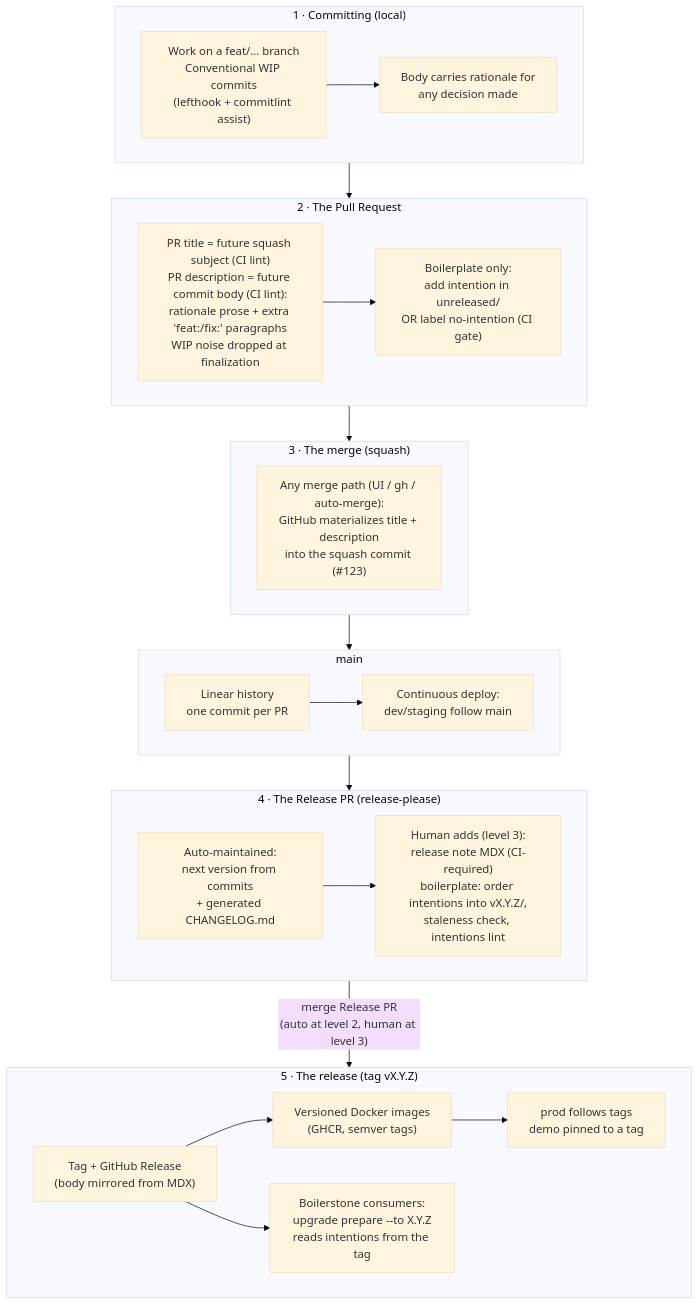
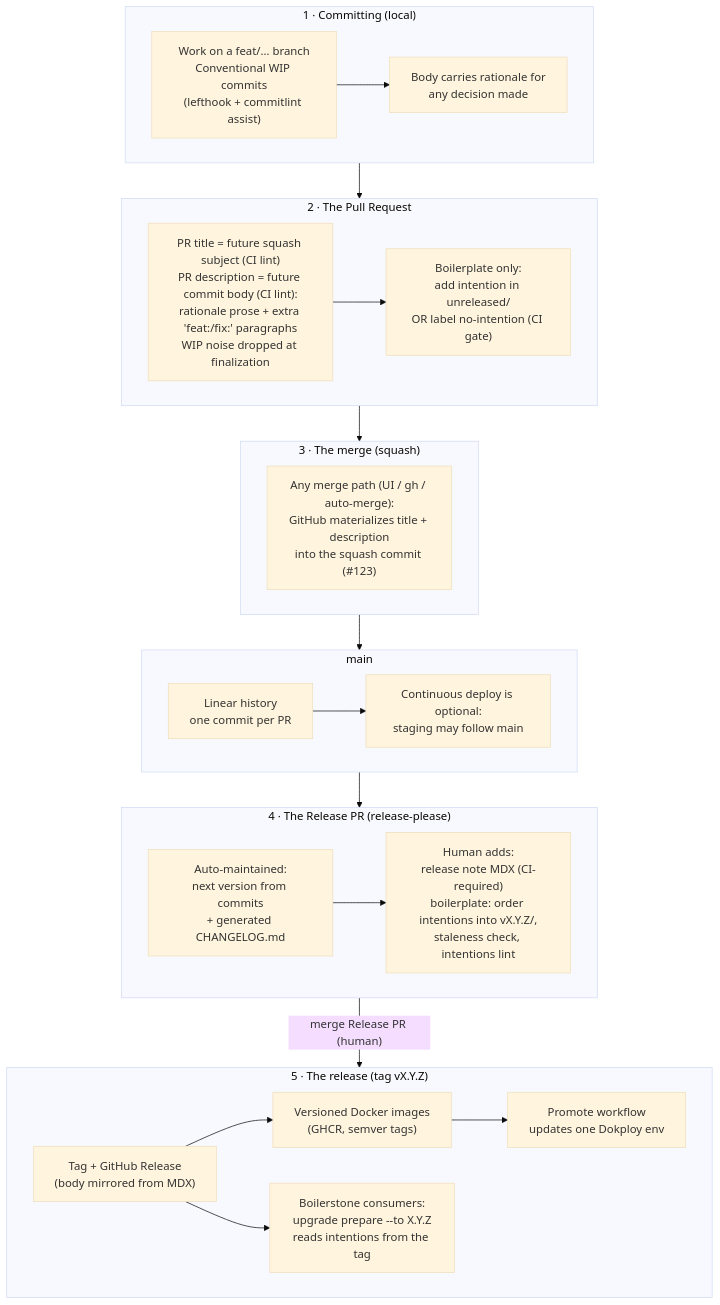
Before and after one commit to lonestone/lonestone-boilerplate: the fifth of 5 diagrams in docs/features/contribution-and-release-system/SPEC.md, drawn with Mermaid (base theme). The commit also changed other lines of this file and 5 other files, not shown here.

````diff
--- a/docs/features/contribution-and-release-system/SPEC.md
+++ b/docs/features/contribution-and-release-system/SPEC.md
@@ -339,42 +345,42 @@
 ```mermaid
 flowchart TD
     subgraph LOCAL["1 · Committing (local)"]
         A["Work on a feat/… branch<br/>Conventional WIP commits<br/>(lefthook + commitlint assist)"]
         A2["Body carries rationale for<br/>any decision made"]
         A --> A2
     end
 
     subgraph PR["2 · The Pull Request"]
         B["PR title = future squash subject (CI lint)<br/>PR description = future commit body (CI lint):<br/>rationale prose + extra 'feat:/fix:' paragraphs<br/>WIP noise dropped at finalization"]
         B2["Boilerplate only:<br/>add intention in unreleased/<br/>OR label no-intention (CI gate)"]
         B --> B2
     end
 
     subgraph MERGE["3 · The merge (squash)"]
         C["Any merge path (UI / gh / auto-merge):<br/>GitHub materializes title + description<br/>into the squash commit (#123)"]
     end
 
     subgraph MAIN["main"]
         D["Linear history<br/>one commit per PR"]
-        D2["Continuous deploy:<br/>dev/staging follow main"]
+        D2["Continuous deploy is optional:<br/>staging may follow main"]
         D --> D2
     end
 
     subgraph RELPR["4 · The Release PR (release-please)"]
         E["Auto-maintained:<br/>next version from commits<br/>+ generated CHANGELOG.md"]
-        E2["Human adds (level 3):<br/>release note MDX (CI-required)<br/>boilerplate: order intentions into vX.Y.Z/,<br/>staleness check, intentions lint"]
+        E2["Human adds:<br/>release note MDX (CI-required)<br/>boilerplate: order intentions into vX.Y.Z/,<br/>staleness check, intentions lint"]
         E --> E2
     end
 
     subgraph REL["5 · The release (tag vX.Y.Z)"]
         F["Tag + GitHub Release<br/>(body mirrored from MDX)"]
         F2["Versioned Docker images<br/>(GHCR, semver tags)"]
-        F3["prod follows tags<br/>demo pinned to a tag"]
+        F3["Promote workflow<br/>updates one Dokploy env"]
         F4["Boilerstone consumers:<br/>upgrade prepare --to X.Y.Z<br/>reads intentions from the tag"]
         F --> F2 --> F3
         F --> F4
     end
 
     LOCAL --> PR --> MERGE --> MAIN --> RELPR
-    RELPR -->|"merge Release PR<br/>(auto at level 2, human at level 3)"| REL
+    RELPR -->|"merge Release PR (human)"| REL
 ```
````
